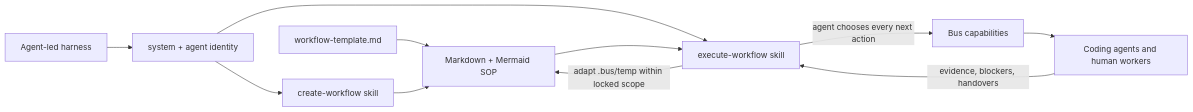
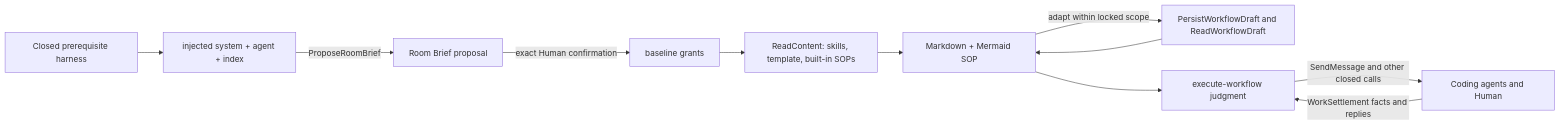
One commit to asura1234/bus changed the diagram in plans/2026-09-15-room-orchestrator-content-workflow-bundle.md. Above: the diagram before and after it, drawn with Mermaid. The commit also changed other lines of this file, not shown here.

First line of the commit message:
docs: reconcile room orchestrator content plan with closed surface

````diff
--- a/plans/2026-09-15-room-orchestrator-content-workflow-bundle.md
+++ b/plans/2026-09-15-room-orchestrator-content-workflow-bundle.md
@@ -91,13 +96,13 @@
 ```mermaid
 flowchart LR
-    H[Agent-led harness] --> C[system + agent identity]
-    C --> CW[create-workflow skill]
-    C --> EW[execute-workflow skill]
-    T[workflow-template.md] --> SOP[Markdown + Mermaid SOP]
-    CW --> SOP
-    SOP --> EW
-    EW -->|agent chooses every next action| B[Bus capabilities]
-    B --> A[Coding agents and human workers]
-    A -->|evidence, blockers, handovers| EW
-    EW -->|adapt .bus/temp within locked scope| SOP
+    H[Closed prerequisite harness] --> C[injected system + agent + index]
+    C -->|ProposeRoomBrief| RB[Room Brief proposal]
+    RB -->|exact Human confirmation| G[baseline grants]
+    G --> RC[ReadContent: skills, template, built-in SOPs]
+    RC --> SOP[Markdown + Mermaid SOP]
+    SOP -->|adapt within locked scope| D[PersistWorkflowDraft and ReadWorkflowDraft]
+    D --> SOP
+    SOP --> EW[execute-workflow judgment]
+    EW -->|SendMessage and other closed calls| A[Coding agents and Human]
+    A -->|WorkSettlement facts and replies| EW
 ```
````
